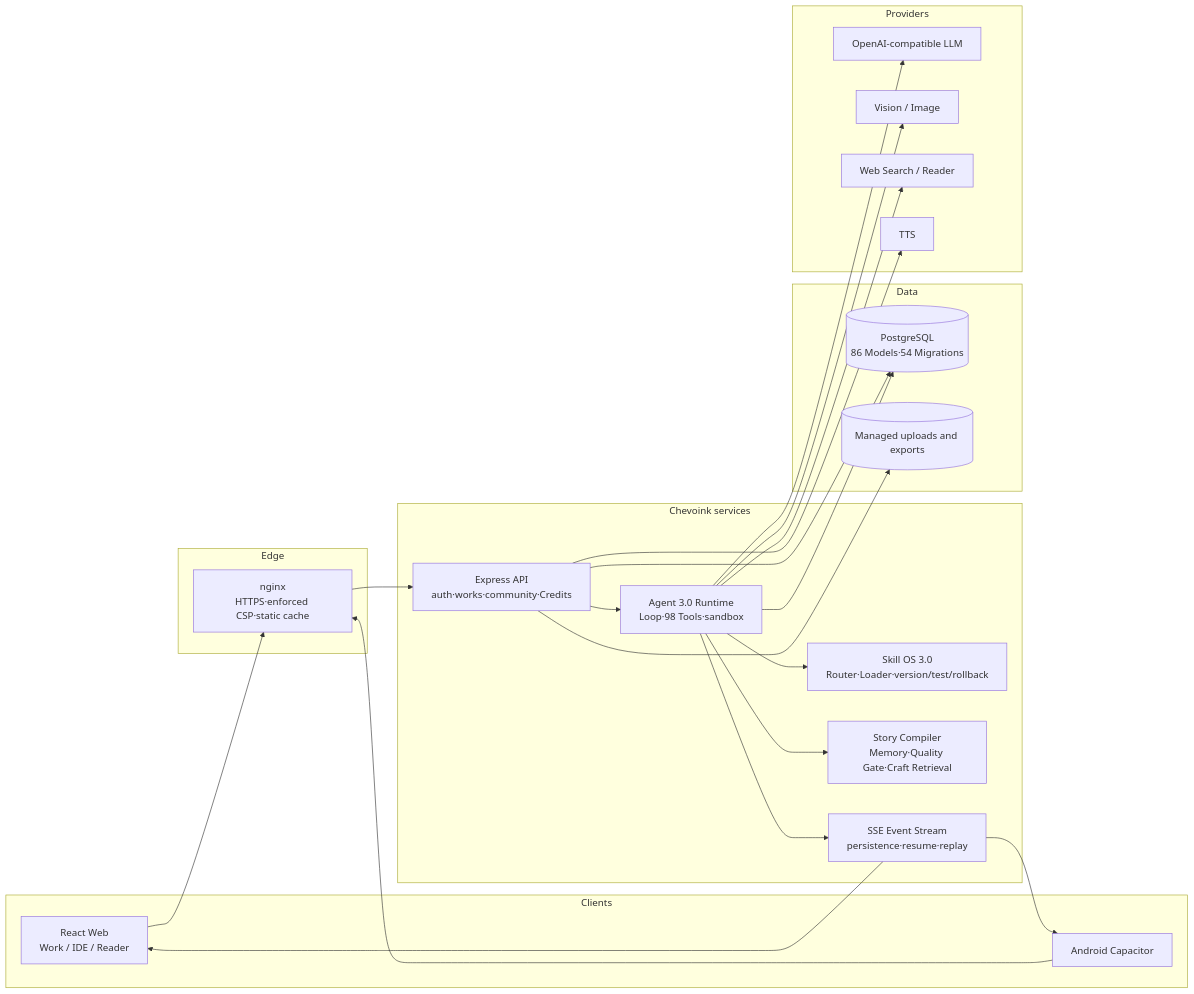
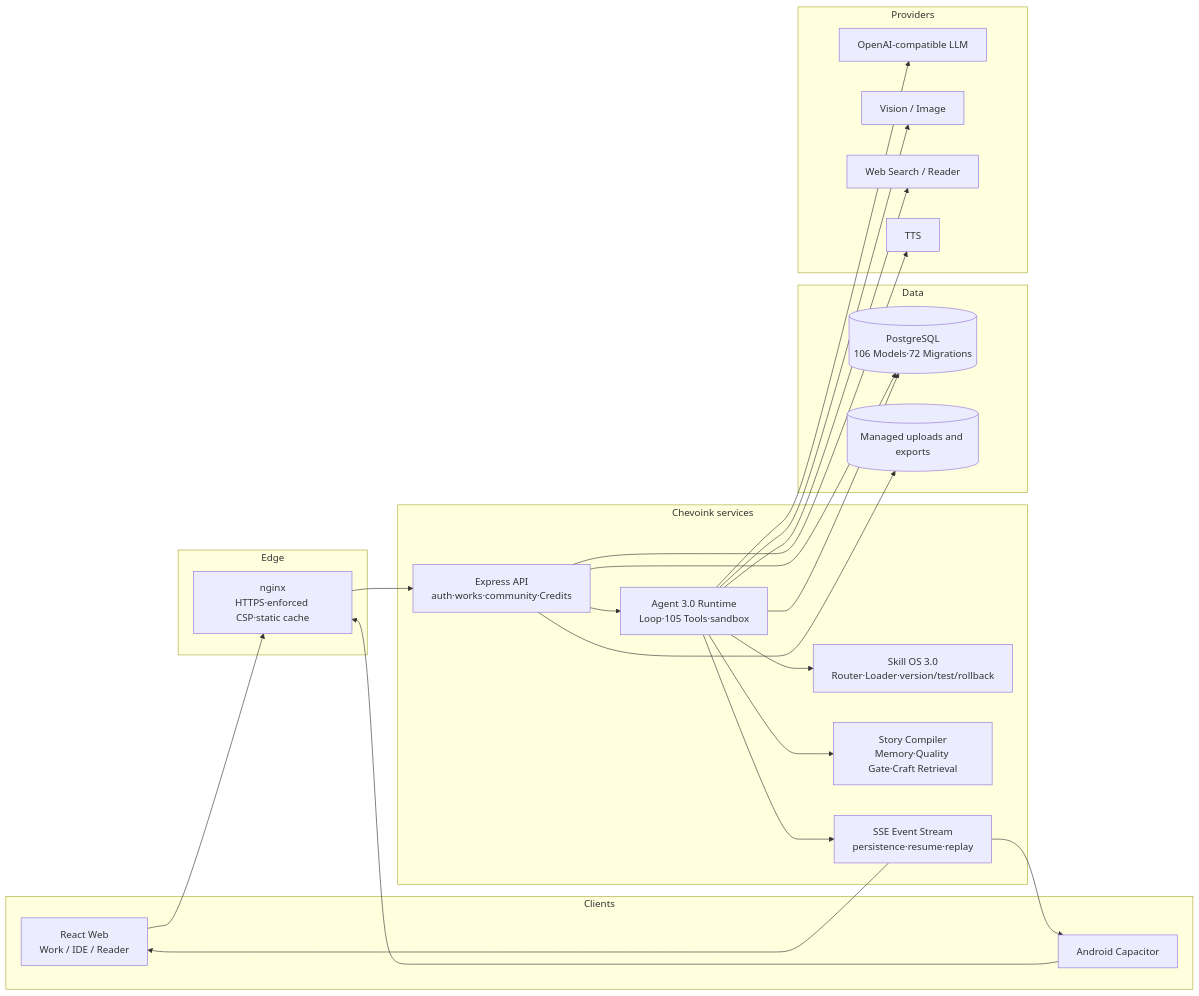
One commit to Xcy8010/chevoink changed the second of 2 diagrams in README.en.md. Above: the diagram before and after it, drawn with Mermaid. The commit also changed other lines of this file and 5 other files, not shown here.

````diff
--- a/README.en.md
+++ b/README.en.md
@@ -77,43 +77,43 @@
 ```mermaid
 flowchart LR
   subgraph Client[Clients]
     WEB[React Web<br/>Work / IDE / Reader]
     APP[Android Capacitor]
   end
   subgraph Edge[Edge]
     NGINX[nginx<br/>HTTPS·enforced CSP·static cache]
   end
   subgraph Service[Chevoink services]
     API[Express API<br/>auth·works·community·Credits]
-    LOOP[Agent 3.0 Runtime<br/>Loop·98 Tools·sandbox]
+    LOOP[Agent 3.0 Runtime<br/>Loop·105 Tools·sandbox]
     SKILL[Skill OS 3.0<br/>Router·Loader·version/test/rollback]
     STORY[Story Compiler<br/>Memory·Quality Gate·Craft Retrieval]
     SSE[SSE Event Stream<br/>persistence·resume·replay]
   end
   subgraph Data[Data]
-    PG[(PostgreSQL<br/>86 Models·54 Migrations)]
+    PG[(PostgreSQL<br/>106 Models·72 Migrations)]
     FILES[(Managed uploads and exports)]
   end
   subgraph Providers[Providers]
     LLM[OpenAI-compatible LLM]
     VISION[Vision / Image]
     SEARCH[Web Search / Reader]
     TTS[TTS]
   end
   WEB --> NGINX
   APP --> NGINX
   NGINX --> API
   API --> LOOP
   LOOP --> SKILL
   LOOP --> STORY
   LOOP --> SSE
   API --> PG
   LOOP --> PG
   API --> FILES
   LOOP --> LLM
   LOOP --> VISION
   LOOP --> SEARCH
   API --> TTS
   SSE --> WEB
   SSE --> APP
 ```
````
